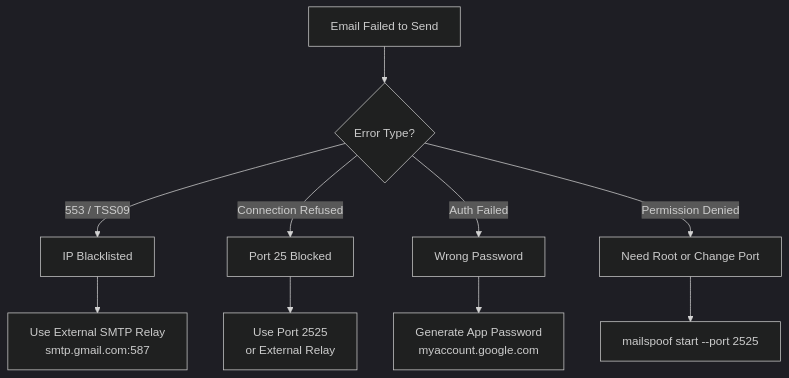
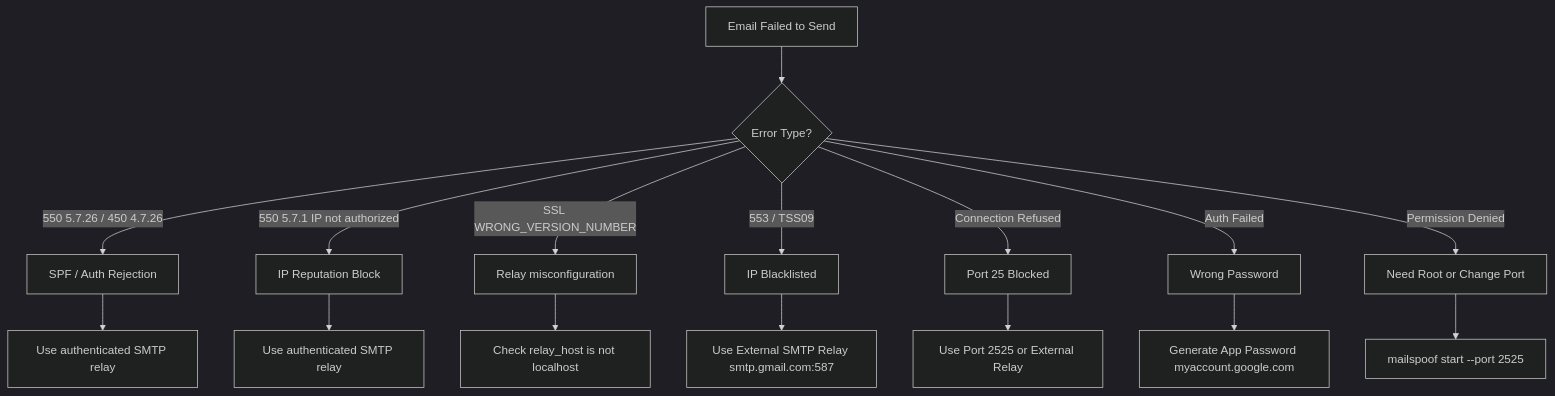
Before and after one commit to syed-sameer-ul-hassan/MailSpoof: the diagram in docs/TROUBLESHOOTING.md, drawn with Mermaid (dark theme). The commit also changed other lines of this file and 12 other files, not shown here.

````diff
--- a/docs/TROUBLESHOOTING.md
+++ b/docs/TROUBLESHOOTING.md
@@ -9,12 +9,18 @@
 ```mermaid
 flowchart TD
     A[Email Failed to Send] --> B{Error Type?}
-    B -->|553 / TSS09| C[IP Blacklisted]
-    B -->|Connection Refused| D[Port 25 Blocked]
-    B -->|Auth Failed| E[Wrong Password]
-    B -->|Permission Denied| F[Need Root or Change Port]
-    C --> C1[Use External SMTP Relay<br/>smtp.gmail.com:587]
-    D --> D1[Use Port 2525<br/>or External Relay]
-    E --> E1[Generate App Password<br/>myaccount.google.com]
-    F --> F1[mailspoof start --port 2525]
+    B -->|550 5.7.26 / 450 4.7.26| C[SPF / Auth Rejection]
+    B -->|550 5.7.1 IP not authorized| D[IP Reputation Block]
+    B -->|SSL WRONG_VERSION_NUMBER| E[Relay misconfiguration]
+    B -->|553 / TSS09| F[IP Blacklisted]
+    B -->|Connection Refused| G[Port 25 Blocked]
+    B -->|Auth Failed| H[Wrong Password]
+    B -->|Permission Denied| I[Need Root or Change Port]
+    C --> C1[Use authenticated SMTP relay]
+    D --> D1[Use authenticated SMTP relay]
+    E --> E1[Check relay_host is not localhost]
+    F --> F1[Use External SMTP Relay smtp.gmail.com:587]
+    G --> G1[Use Port 2525 or External Relay]
+    H --> H1[Generate App Password myaccount.google.com]
+    I --> I1[mailspoof start --port 2525]
 ```
````
